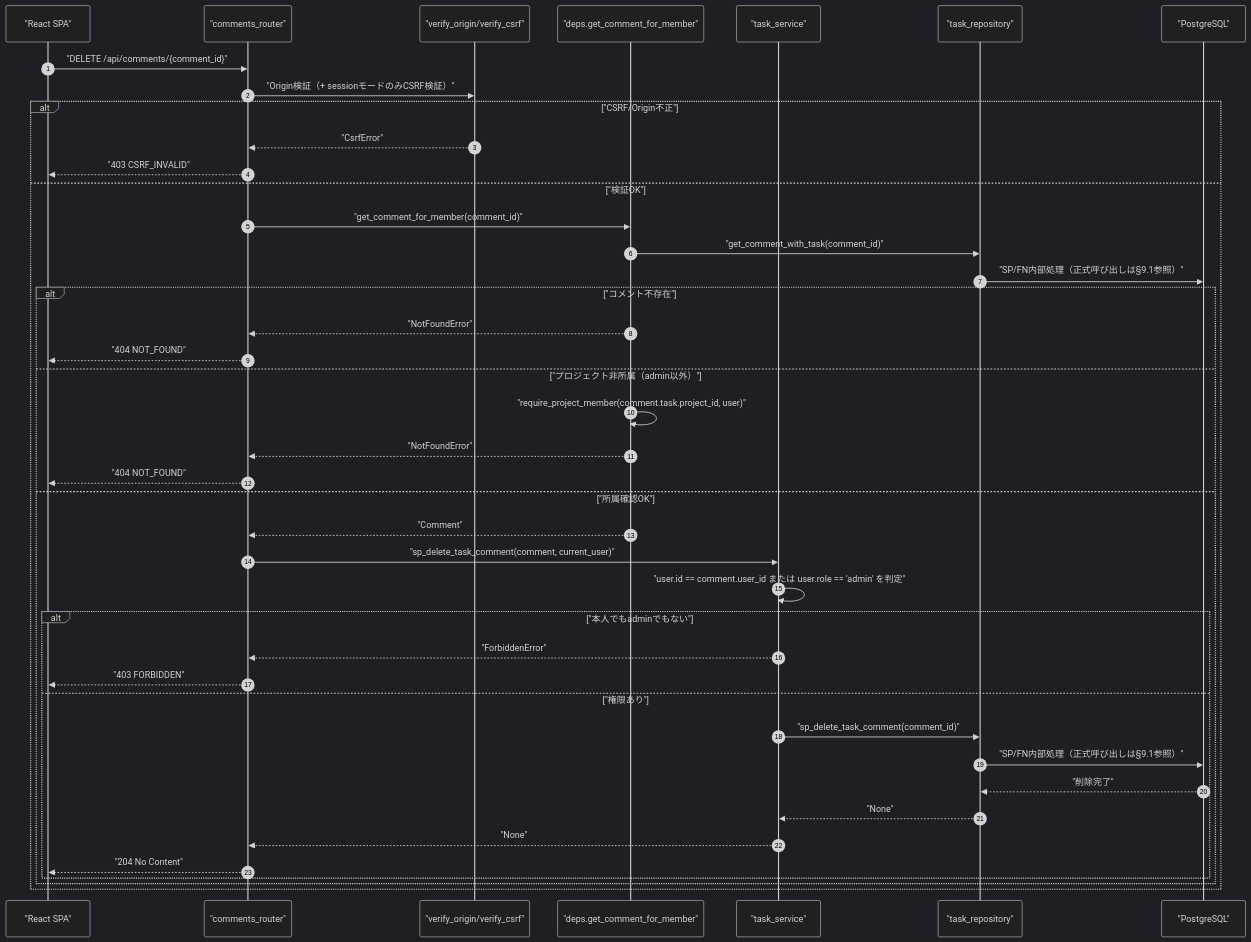
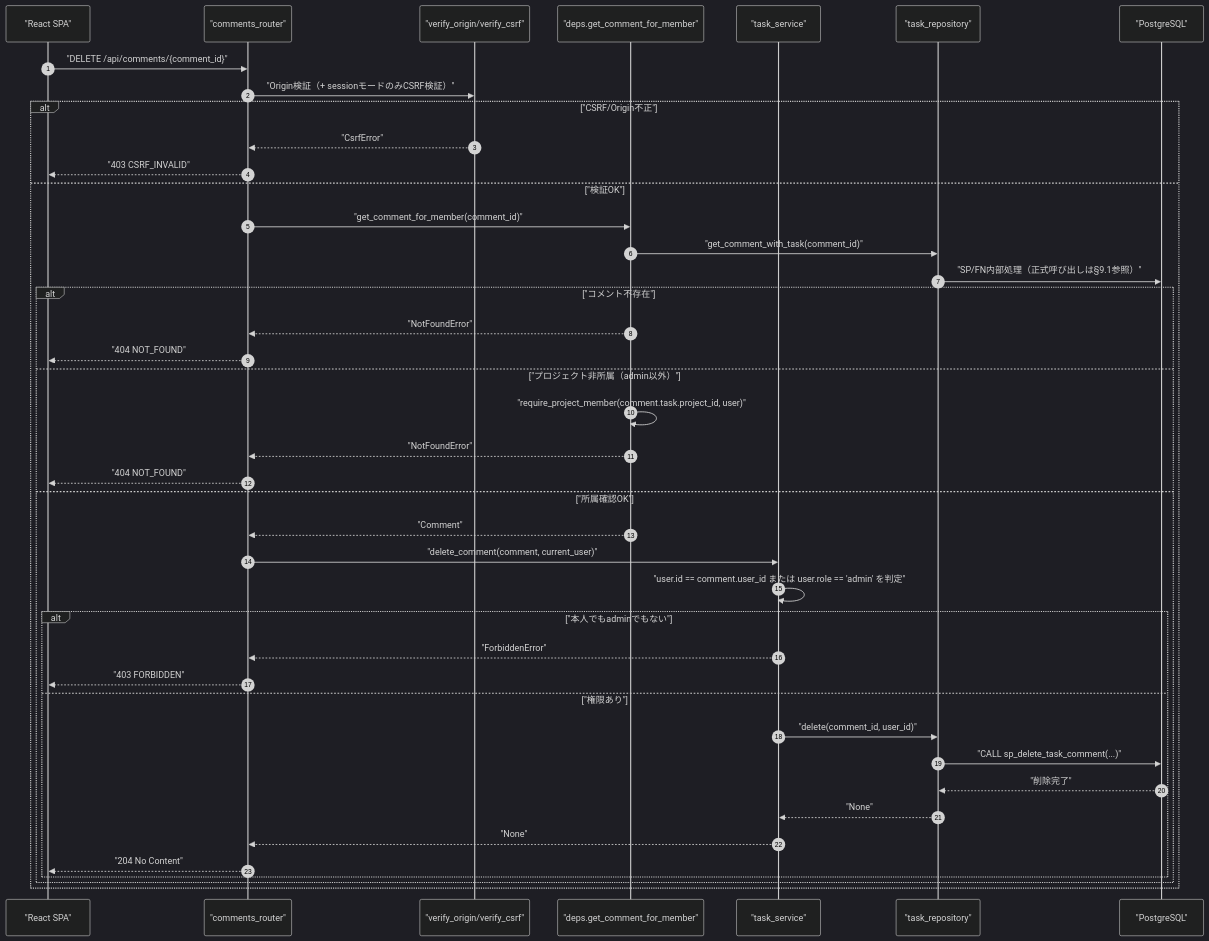
One commit to oikawa-d/task_management changed the first of 4 diagrams in detailed_design/api/tasks/09_delete_comment.md. Above: the diagram before and after it, drawn with Mermaid (dark theme). The commit also changed other lines of this file and 6 other files, not shown here.

````diff
--- a/detailed_design/api/tasks/09_delete_comment.md
+++ b/detailed_design/api/tasks/09_delete_comment.md
@@ -66,45 +66,45 @@
 ```mermaid
 sequenceDiagram
     autonumber
     participant FE as "React SPA"
     participant R as "comments_router"
     participant V as "verify_origin/verify_csrf"
     participant D as "deps.get_comment_for_member"
     participant S as "task_service"
     participant TR as "task_repository"
     participant PG as "PostgreSQL"
 
     FE->>R: "DELETE /api/comments/{comment_id}"
     R->>V: "Origin検証（+ sessionモードのみCSRF検証）"
     alt "CSRF/Origin不正"
         V-->>R: "CsrfError"
         R-->>FE: "403 CSRF_INVALID"
     else "検証OK"
         R->>D: "get_comment_for_member(comment_id)"
         D->>TR: "get_comment_with_task(comment_id)"
         TR->>PG: "SP/FN内部処理（正式呼び出しは§9.1参照）"
         alt "コメント不存在"
             D-->>R: "NotFoundError"
             R-->>FE: "404 NOT_FOUND"
         else "プロジェクト非所属（admin以外）"
             D->>D: "require_project_member(comment.task.project_id, user)"
             D-->>R: "NotFoundError"
             R-->>FE: "404 NOT_FOUND"
         else "所属確認OK"
             D-->>R: "Comment"
-            R->>S: "sp_delete_task_comment(comment, current_user)"
+            R->>S: "delete_comment(comment, current_user)"
             S->>S: "user.id == comment.user_id または user.role == 'admin' を判定"
             alt "本人でもadminでもない"
                 S-->>R: "ForbiddenError"
                 R-->>FE: "403 FORBIDDEN"
             else "権限あり"
-                S->>TR: "sp_delete_task_comment(comment_id)"
-                TR->>PG: "SP/FN内部処理（正式呼び出しは§9.1参照）"
+                S->>TR: "delete(comment_id, user_id)"
+                TR->>PG: "CALL sp_delete_task_comment(...)"
                 PG-->>TR: "削除完了"
                 TR-->>S: "None"
                 S-->>R: "None"
                 R-->>FE: "204 No Content"
             end
         end
     end
 ```
````
